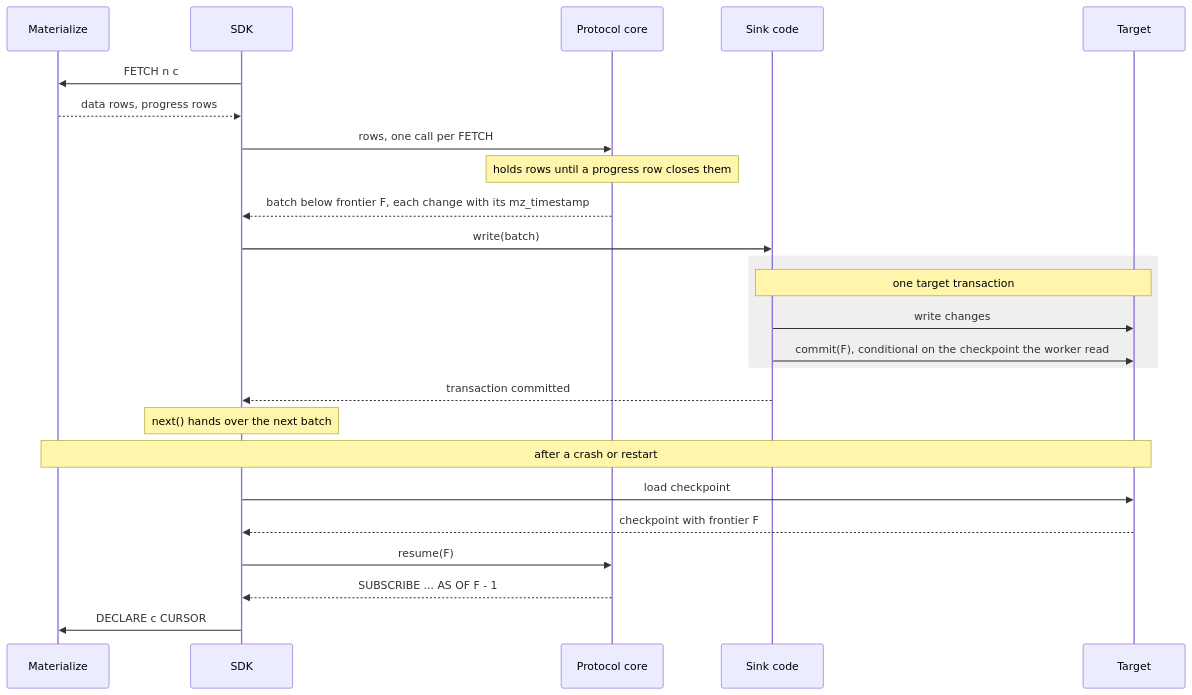
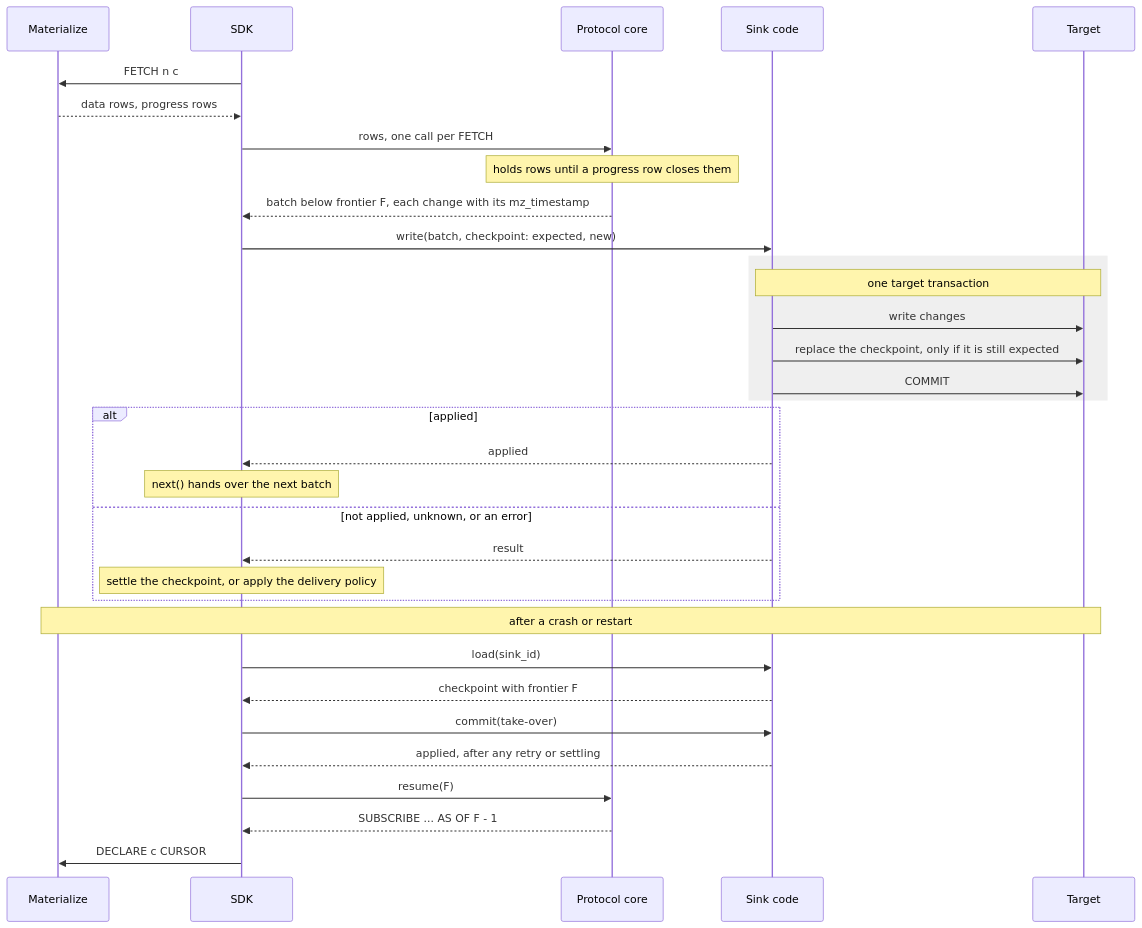
One commit to MaterializeInc/materialize changed the diagram in doc/developer/design/20260706_materialize_sdk.md. Above: the diagram before and after it, drawn with Mermaid. The commit also changed other lines of this file, not shown here.

Commit message:
design: Define one sink API with sink_type and per-call guarantees

````diff
--- a/doc/developer/design/20260706_materialize_sdk.md
+++ b/doc/developer/design/20260706_materialize_sdk.md
@@ -316,27 +317,35 @@
 ```mermaid
 sequenceDiagram
     participant M as Materialize
     participant D as SDK
     participant C as Protocol core
     participant S as Sink code
     participant T as Target
     D->>M: FETCH n c
     M-->>D: data rows, progress rows
     D->>C: rows, one call per FETCH
     Note over C: holds rows until a progress row closes them
     C-->>D: batch below frontier F, each change with its mz_timestamp
-    D->>S: write(batch)
+    D->>S: write(batch, checkpoint: expected, new)
     rect rgba(127, 127, 127, 0.12)
         Note over S,T: one target transaction
         S->>T: write changes
-        S->>T: commit(F), conditional on the checkpoint the worker read
+        S->>T: replace the checkpoint, only if it is still expected
+        S->>T: COMMIT
     end
-    S-->>D: transaction committed
-    Note over D: next() hands over the next batch
+    alt applied
+        S-->>D: applied
+        Note over D: next() hands over the next batch
+    else not applied, unknown, or an error
+        S-->>D: result
+        Note over D: settle the checkpoint, or apply the delivery policy
+    end
     Note over M,T: after a crash or restart
-    D->>T: load checkpoint
-    T-->>D: checkpoint with frontier F
+    D->>S: load(sink_id)
+    S-->>D: checkpoint with frontier F
+    D->>S: commit(take-over)
+    S-->>D: applied, after any retry or settling
     D->>C: resume(F)
     C-->>D: SUBSCRIBE ... AS OF F - 1
     D->>M: DECLARE c CURSOR
 ```
````
